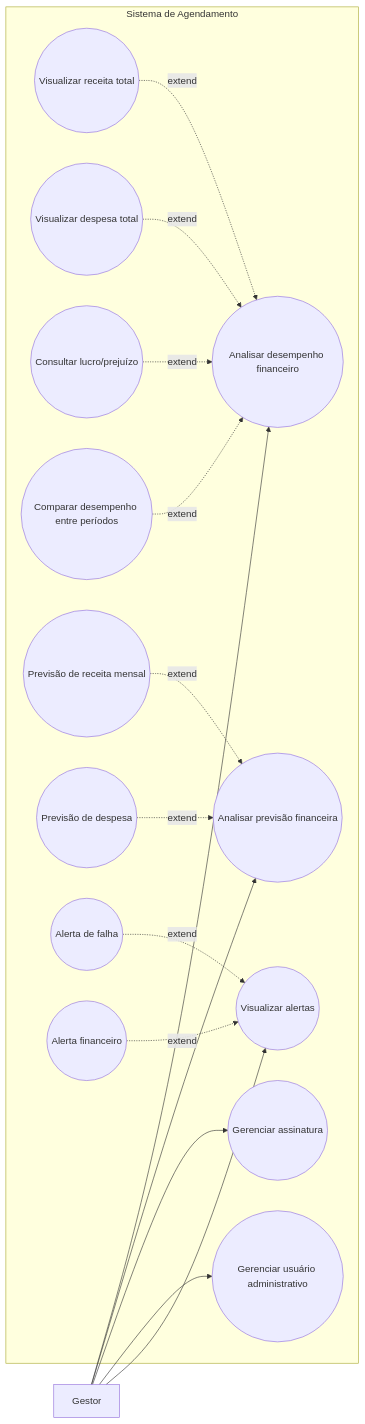
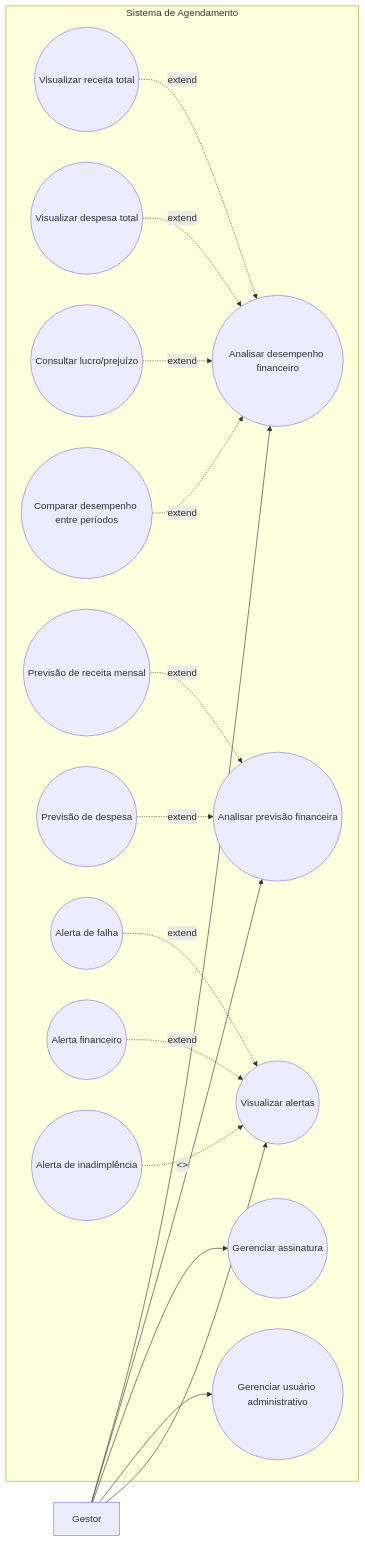
One commit to InsaneCaio/SICA changed the diagram in docs/casos de uso/gestor.md. Above: the diagram before and after it, drawn with Mermaid.

Commit message:
Add UC7_3 for alert of delinquency

````diff
--- a/docs/casos de uso/gestor.md
+++ b/docs/casos de uso/gestor.md
@@ -18,40 +18,42 @@
 ```mermaid
 flowchart LR
     G[Gestor]
 
     subgraph Sistema de Agendamento
         UC1((Analisar desempenho financeiro))
         UC3((Analisar previsão financeira))
         UC4((Gerenciar assinatura))
         UC6((Gerenciar usuário administrativo))
         UC7((Visualizar alertas))
 
         UC1_1((Visualizar receita total))
         UC1_2((Visualizar despesa total))
         UC1_3((Consultar lucro/prejuízo))
         UC1_4((Comparar desempenho entre períodos))
 
         UC3_1((Previsão de receita mensal))
         UC3_2((Previsão de despesa))
 
         UC7_1((Alerta de falha))
         UC7_2((Alerta financeiro))
+        UC7_3((Alerta de inadimplência))
     end
 
     G --> UC1
     G --> UC3
     G --> UC4
     G --> UC6
     G --> UC7
 
     UC1_1 -.->|extend| UC1
     UC1_2 -.->|extend| UC1
     UC1_3 -.->|extend| UC1
     UC1_4 -.->|extend| UC1
 
     UC3_1 -.->|extend| UC3
     UC3_2 -.->|extend| UC3
 
     UC7_1 -.->|extend| UC7
     UC7_2 -.->|extend| UC7
+    UC7_3 -.->|<<extend>>| UC7
 ```
````
